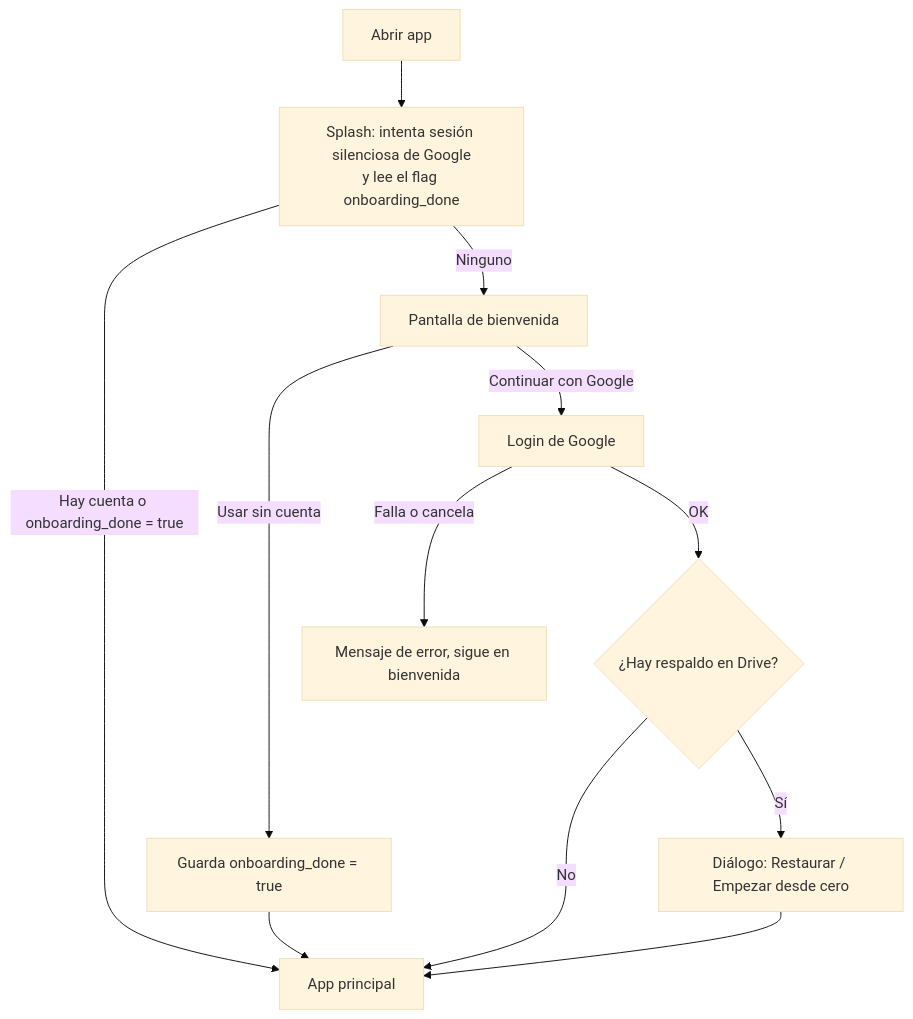
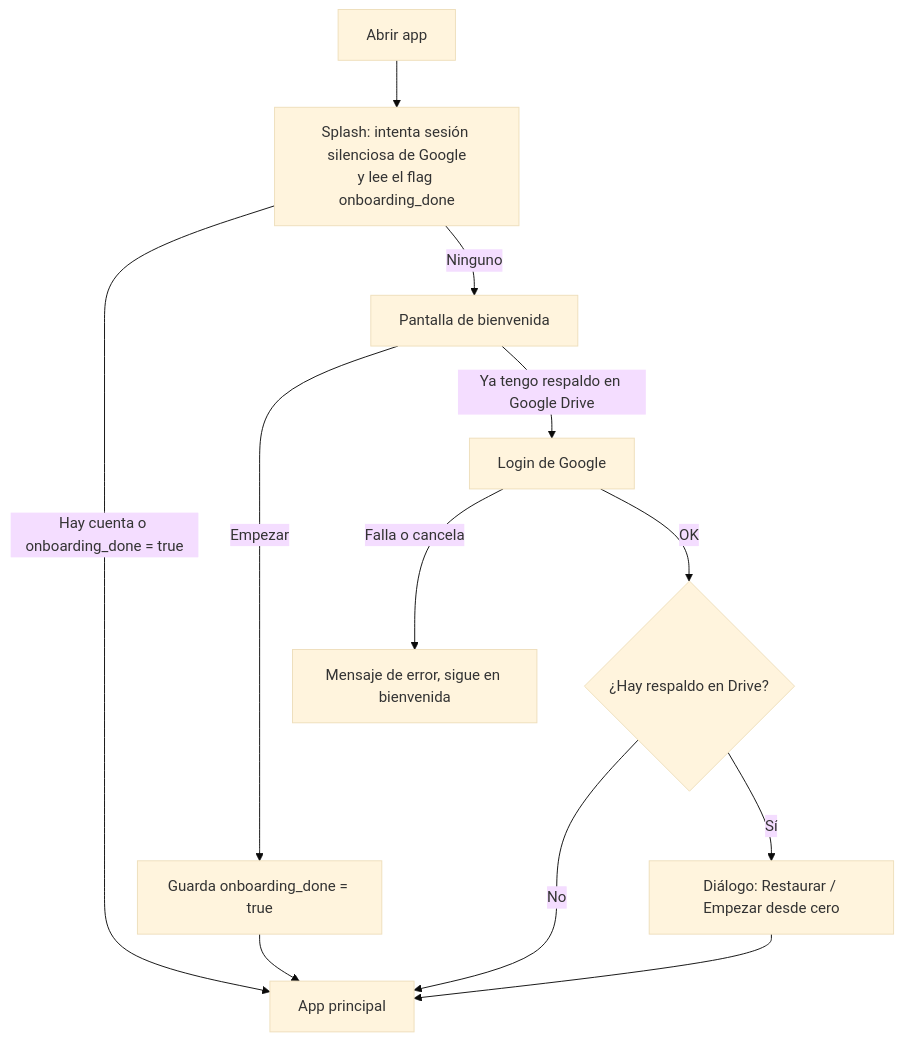
Before and after one commit to rafaelicon15/MotoCheck: the diagram in docs/03-FLUJO-APP.md, drawn with Mermaid (base theme). The commit also changed other lines of this file and 61 other files, not shown here.

````diff
--- a/docs/03-FLUJO-APP.md
+++ b/docs/03-FLUJO-APP.md
@@ -7,13 +7,13 @@
 ```mermaid
 flowchart TD
     A[Abrir app] --> B[Splash: intenta sesión silenciosa de Google<br/>y lee el flag onboarding_done]
     B -->|Hay cuenta o onboarding_done = true| M[App principal]
     B -->|Ninguno| W[Pantalla de bienvenida]
-    W -->|Usar sin cuenta| F[Guarda onboarding_done = true] --> M
-    W -->|Continuar con Google| G[Login de Google]
+    W -->|Empezar| F[Guarda onboarding_done = true] --> M
+    W -->|Ya tengo respaldo en Google Drive| G[Login de Google]
     G -->|Falla o cancela| W2[Mensaje de error, sigue en bienvenida]
     G -->|OK| R{¿Hay respaldo en Drive?}
     R -->|No| M
     R -->|Sí| D[Diálogo: Restaurar / Empezar desde cero]
     D --> M
 ```
````
